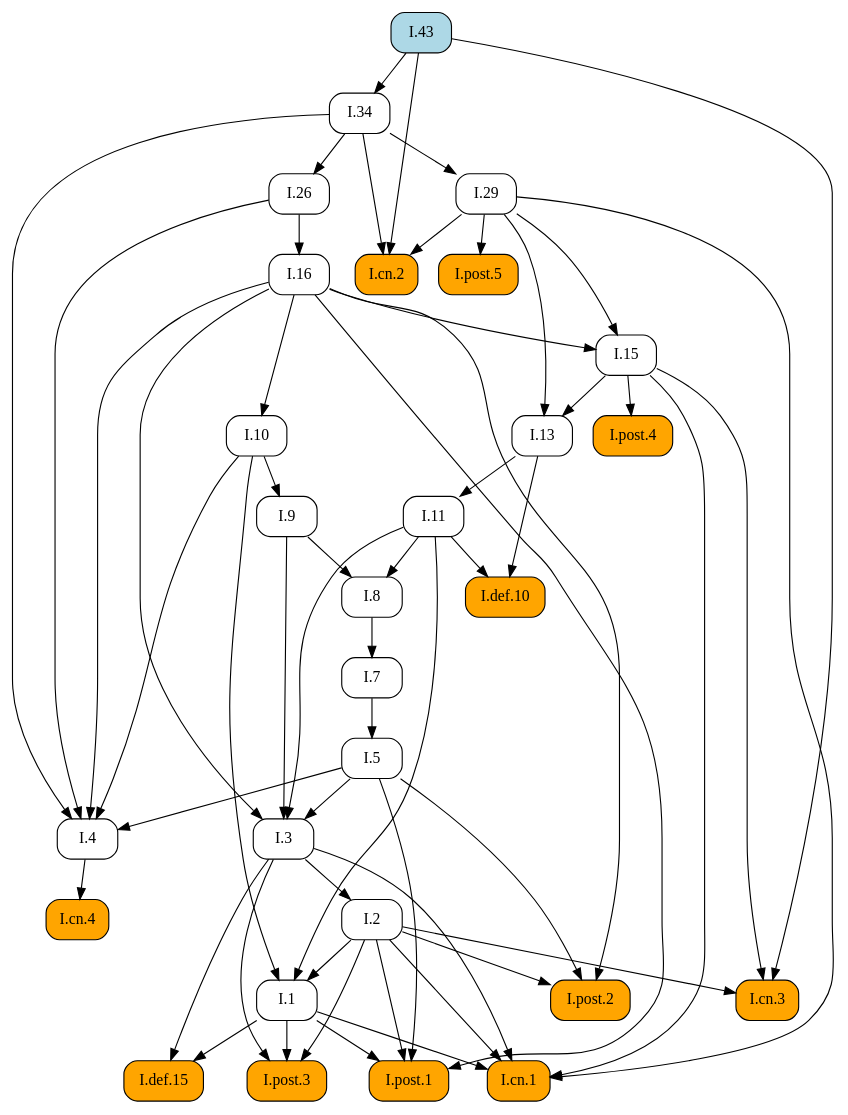
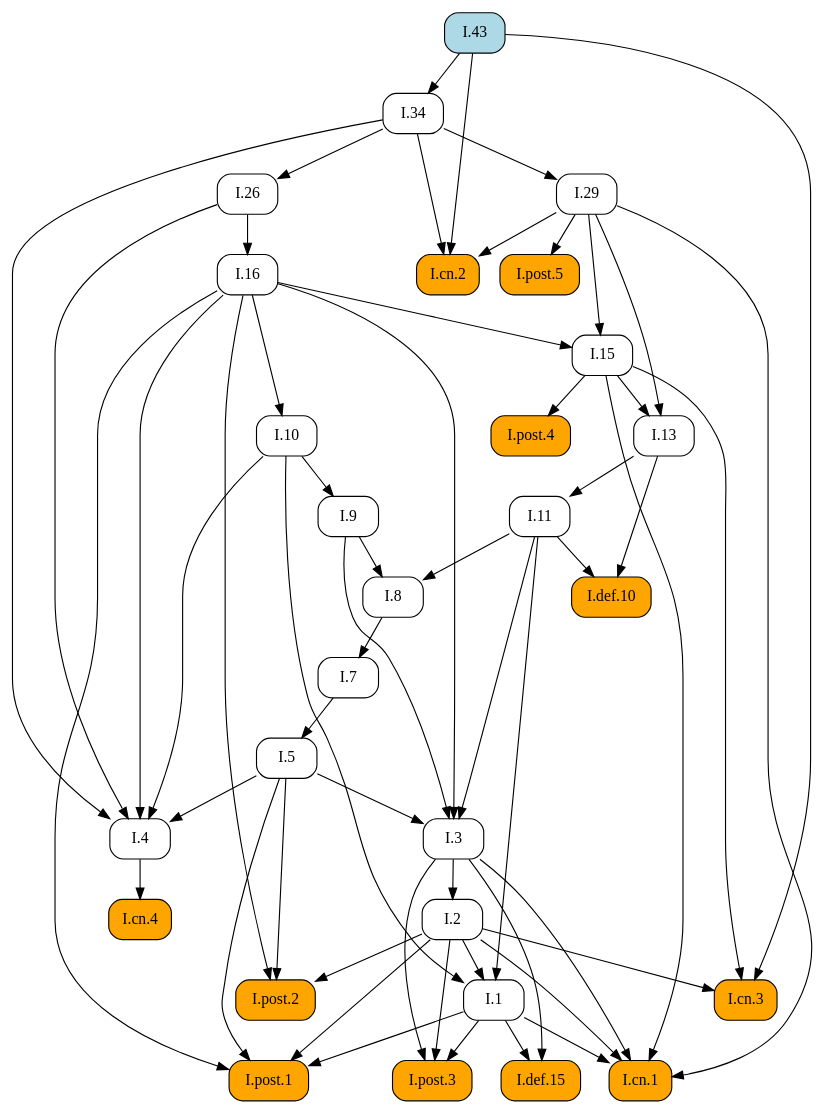
One commit to geometor/elements changed the diagram in docsrc/elements2/I/43/index.rst. Above: the diagram before and after it, drawn with Graphviz. The commit also changed other lines of this file and 171 other files, not shown here.

```diff
--- a/docsrc/elements2/I/43/index.rst
+++ b/docsrc/elements2/I/43/index.rst
@@ -73,88 +73,88 @@
    digraph {
      rankdir="TB";
      node [shape=box, style=rounded];
+     "I.8" [URL="/elements2/I/8/", target="_top"];
+     "I.post.3" [style="rounded,filled", fillcolor=orange, URL="/elements2/I/post.3/", target="_top"];
+     "I.cn.3" [style="rounded,filled", fillcolor=orange, URL="/elements2/I/cn.3/", target="_top"];
+     "I.cn.4" [style="rounded,filled", fillcolor=orange, URL="/elements2/I/cn.4/", target="_top"];
+     "I.1" [URL="/elements2/I/1/", target="_top"];
+     "I.7" [URL="/elements2/I/7/", target="_top"];
+     "I.post.1" [style="rounded,filled", fillcolor=orange, URL="/elements2/I/post.1/", target="_top"];
+     "I.9" [URL="/elements2/I/9/", target="_top"];
+     "I.5" [URL="/elements2/I/5/", target="_top"];
+     "I.post.5" [style="rounded,filled", fillcolor=orange, URL="/elements2/I/post.5/", target="_top"];
+     "I.cn.1" [style="rounded,filled", fillcolor=orange, URL="/elements2/I/cn.1/", target="_top"];
+     "I.29" [URL="/elements2/I/29/", target="_top"];
+     "I.def.10" [style="rounded,filled", fillcolor=orange, URL="/elements2/I/def.10/", target="_top"];
+     "I.post.4" [style="rounded,filled", fillcolor=orange, URL="/elements2/I/post.4/", target="_top"];
      "I.16" [URL="/elements2/I/16/", target="_top"];
-     "I.def.10" [style="rounded,filled", fillcolor=orange, URL="/elements2/I/def.10/", target="_top"];
-     "I.9" [URL="/elements2/I/9/", target="_top"];
+     "I.cn.2" [style="rounded,filled", fillcolor=orange, URL="/elements2/I/cn.2/", target="_top"];
+     "I.13" [URL="/elements2/I/13/", target="_top"];
      "I.2" [URL="/elements2/I/2/", target="_top"];
-     "I.cn.2" [style="rounded,filled", fillcolor=orange, URL="/elements2/I/cn.2/", target="_top"];
+     "I.def.15" [style="rounded,filled", fillcolor=orange, URL="/elements2/I/def.15/", target="_top"];
+     "I.4" [URL="/elements2/I/4/", target="_top"];
+     "I.11" [URL="/elements2/I/11/", target="_top"];
+     "I.10" [URL="/elements2/I/10/", target="_top"];
      "I.15" [URL="/elements2/I/15/", target="_top"];
+     "I.43" [style="rounded,filled", fillcolor=lightblue, URL="/elements2/I/43/", target="_top"];
+     "I.3" [URL="/elements2/I/3/", target="_top"];
+     "I.post.2" [style="rounded,filled", fillcolor=orange, URL="/elements2/I/post.2/", target="_top"];
+     "I.34" [URL="/elements2/I/34/", target="_top"];
      "I.26" [URL="/elements2/I/26/", target="_top"];
-     "I.post.5" [style="rounded,filled", fillcolor=orange, URL="/elements2/I/post.5/", target="_top"];
-     "I.8" [URL="/elements2/I/8/", target="_top"];
-     "I.34" [URL="/elements2/I/34/", target="_top"];
-     "I.cn.4" [style="rounded,filled", fillcolor=orange, URL="/elements2/I/cn.4/", target="_top"];
-     "I.def.15" [style="rounded,filled", fillcolor=orange, URL="/elements2/I/def.15/", target="_top"];
-     "I.post.3" [style="rounded,filled", fillcolor=orange, URL="/elements2/I/post.3/", target="_top"];
-     "I.1" [URL="/elements2/I/1/", target="_top"];
-     "I.43" [style="rounded,filled", fillcolor=lightblue, URL="/elements2/I/43/", target="_top"];
-     "I.post.2" [style="rounded,filled", fillcolor=orange, URL="/elements2/I/post.2/", target="_top"];
-     "I.13" [URL="/elements2/I/13/", target="_top"];
-     "I.10" [URL="/elements2/I/10/", target="_top"];
-     "I.post.1" [style="rounded,filled", fillcolor=orange, URL="/elements2/I/post.1/", target="_top"];
-     "I.7" [URL="/elements2/I/7/", target="_top"];
-     "I.post.4" [style="rounded,filled", fillcolor=orange, URL="/elements2/I/post.4/", target="_top"];
-     "I.cn.1" [style="rounded,filled", fillcolor=orange, URL="/elements2/I/cn.1/", target="_top"];
-     "I.3" [URL="/elements2/I/3/", target="_top"];
-     "I.cn.3" [style="rounded,filled", fillcolor=orange, URL="/elements2/I/cn.3/", target="_top"];
-     "I.11" [URL="/elements2/I/11/", target="_top"];
-     "I.29" [URL="/elements2/I/29/", target="_top"];
-     "I.5" [URL="/elements2/I/5/", target="_top"];
-     "I.4" [URL="/elements2/I/4/", target="_top"];
-     "I.26" -> "I.16";
-     "I.11" -> "I.def.10";
-     "I.13" -> "I.def.10";
-     "I.10" -> "I.9";
-     "I.3" -> "I.2";
-     "I.29" -> "I.cn.2";
-     "I.34" -> "I.cn.2";
-     "I.43" -> "I.cn.2";
-     "I.16" -> "I.15";
-     "I.29" -> "I.15";
-     "I.34" -> "I.26";
-     "I.29" -> "I.post.5";
      "I.9" -> "I.8";
      "I.11" -> "I.8";
-     "I.43" -> "I.34";
-     "I.4" -> "I.cn.4";
-     "I.1" -> "I.def.15";
-     "I.3" -> "I.def.15";
      "I.1" -> "I.post.3";
      "I.2" -> "I.post.3";
      "I.3" -> "I.post.3";
+     "I.2" -> "I.cn.3";
+     "I.15" -> "I.cn.3";
+     "I.43" -> "I.cn.3";
+     "I.4" -> "I.cn.4";
      "I.2" -> "I.1";
      "I.10" -> "I.1";
      "I.11" -> "I.1";
-     "I.2" -> "I.post.2";
-     "I.5" -> "I.post.2";
-     "I.16" -> "I.post.2";
-     "I.15" -> "I.13";
-     "I.29" -> "I.13";
-     "I.16" -> "I.10";
+     "I.8" -> "I.7";
      "I.1" -> "I.post.1";
      "I.2" -> "I.post.1";
      "I.5" -> "I.post.1";
      "I.16" -> "I.post.1";
-     "I.8" -> "I.7";
-     "I.15" -> "I.post.4";
+     "I.10" -> "I.9";
+     "I.7" -> "I.5";
+     "I.29" -> "I.post.5";
      "I.1" -> "I.cn.1";
      "I.2" -> "I.cn.1";
      "I.3" -> "I.cn.1";
      "I.15" -> "I.cn.1";
      "I.29" -> "I.cn.1";
-     "I.5" -> "I.3";
-     "I.9" -> "I.3";
-     "I.11" -> "I.3";
-     "I.16" -> "I.3";
-     "I.2" -> "I.cn.3";
-     "I.15" -> "I.cn.3";
-     "I.43" -> "I.cn.3";
-     "I.13" -> "I.11";
      "I.34" -> "I.29";
-     "I.7" -> "I.5";
+     "I.11" -> "I.def.10";
+     "I.13" -> "I.def.10";
+     "I.15" -> "I.post.4";
+     "I.26" -> "I.16";
+     "I.29" -> "I.cn.2";
+     "I.34" -> "I.cn.2";
+     "I.43" -> "I.cn.2";
+     "I.15" -> "I.13";
+     "I.29" -> "I.13";
+     "I.3" -> "I.2";
+     "I.1" -> "I.def.15";
+     "I.3" -> "I.def.15";
      "I.5" -> "I.4";
      "I.10" -> "I.4";
      "I.16" -> "I.4";
      "I.26" -> "I.4";
      "I.34" -> "I.4";
+     "I.13" -> "I.11";
+     "I.16" -> "I.10";
+     "I.16" -> "I.15";
+     "I.29" -> "I.15";
+     "I.5" -> "I.3";
+     "I.9" -> "I.3";
+     "I.11" -> "I.3";
+     "I.16" -> "I.3";
+     "I.2" -> "I.post.2";
+     "I.5" -> "I.post.2";
+     "I.16" -> "I.post.2";
+     "I.43" -> "I.34";
+     "I.34" -> "I.26";
    }
```
